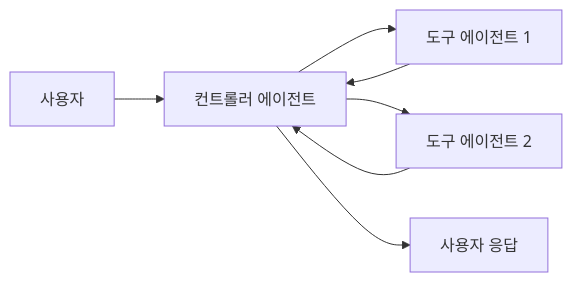
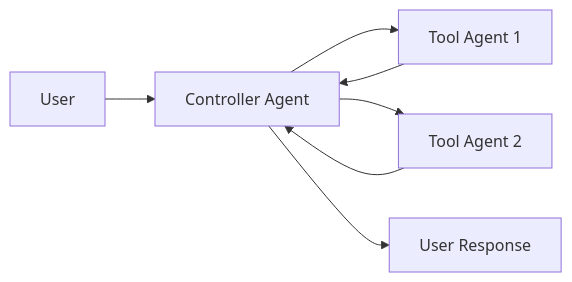
The first of 2 diagrams in src-ko/oss/langchain/multi-agent.mdx (jeongsk/langchain-docs), drawn with Mermaid before and after one commit. The commit also changed other lines of this file and 835 other files, not shown here.

`````diff
--- a/src-ko/oss/langchain/multi-agent.mdx
+++ b/src-ko/oss/langchain/multi-agent.mdx
@@ -75,9 +73,9 @@
 ```mermaid
 graph LR
-    A[사용자] --> B[컨트롤러 에이전트]
-    B --> C[도구 에이전트 1]
-    B --> D[도구 에이전트 2]
+    A[User] --> B[Controller Agent]
+    B --> C[Tool Agent 1]
+    B --> D[Tool Agent 2]
     C --> B
     D --> B
-    B --> E[사용자 응답]
+    B --> E[User Response]
 ````
`````
